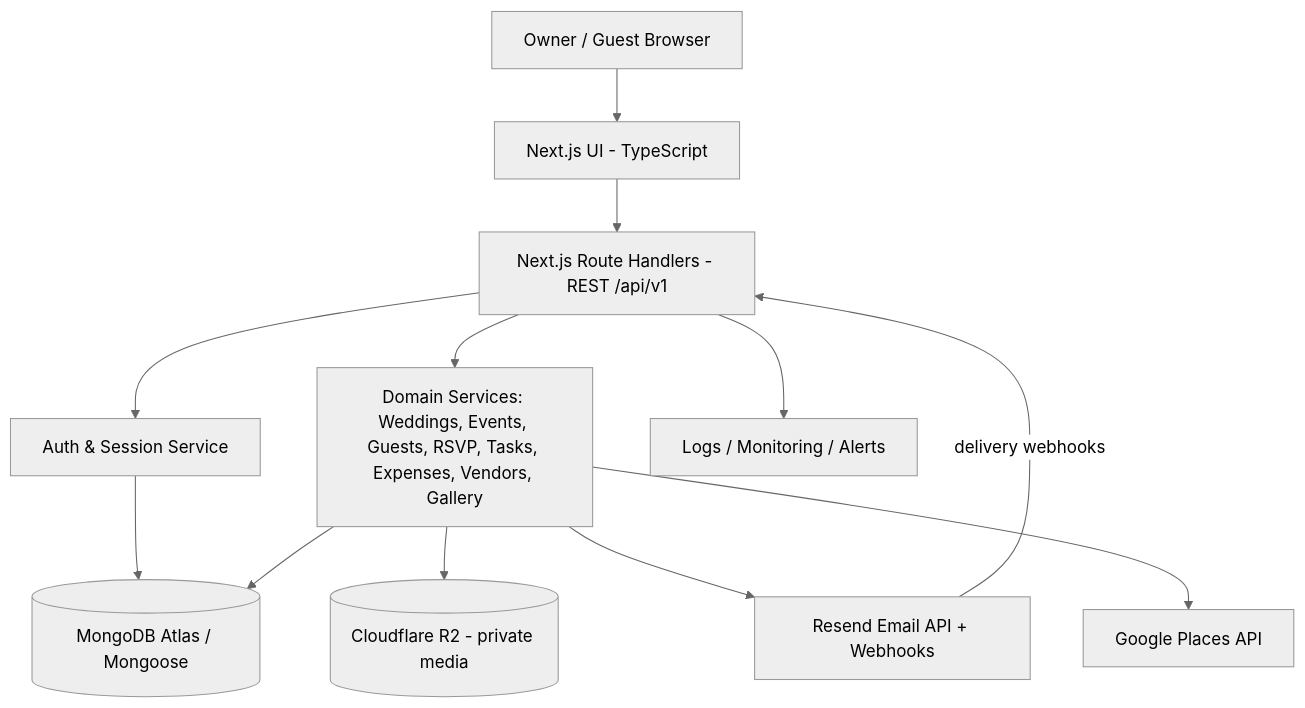
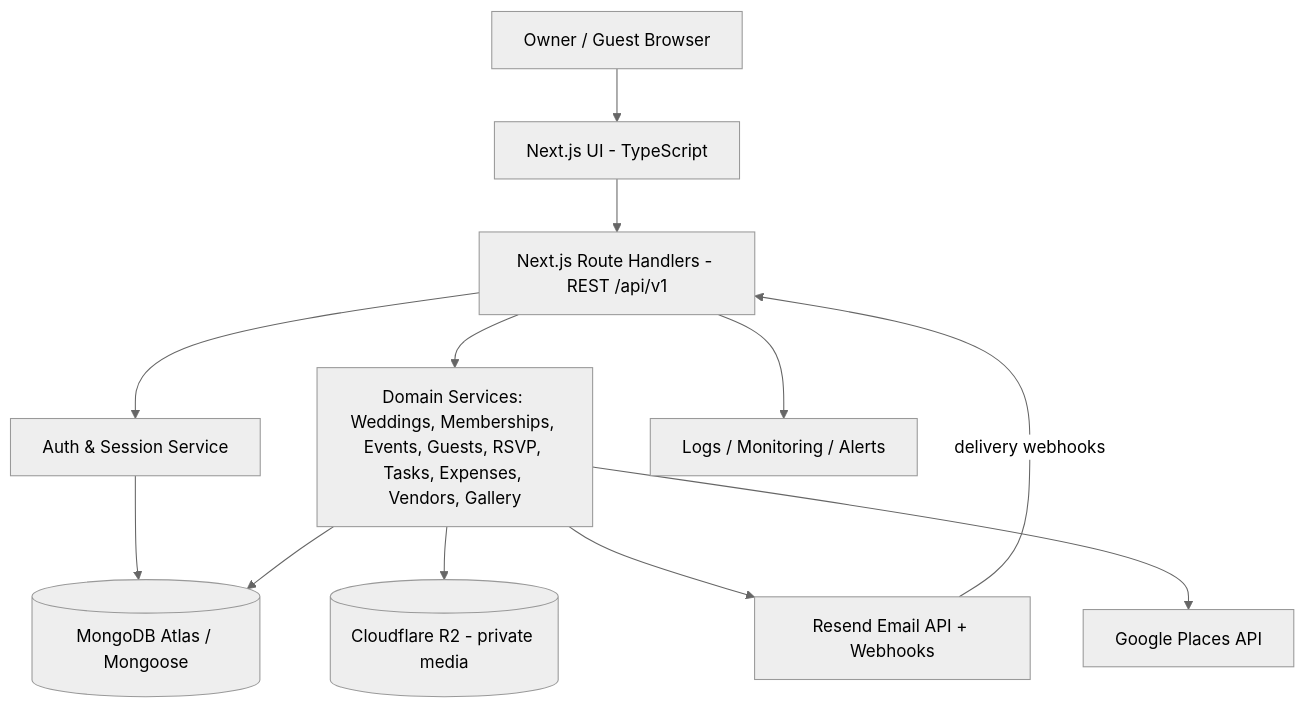
One commit to himanshusingh9391/Make-My-Marriage changed the diagram in Docs/System_Design.md. Above: the diagram before and after it, drawn with Mermaid (neutral theme). The commit also changed other lines of this file and 48 other files, not shown here.

````diff
--- a/Docs/System_Design.md
+++ b/Docs/System_Design.md
@@ -8,23 +8,23 @@
 ```mermaid
 flowchart TB
   Browser[Owner / Guest Browser]
   Web[Next.js UI - TypeScript]
   Routes[Next.js Route Handlers - REST /api/v1]
   Auth[Auth & Session Service]
-  Domain[Domain Services: Weddings, Events, Guests, RSVP, Tasks, Expenses, Vendors, Gallery]
+  Domain[Domain Services: Weddings, Memberships, Events, Guests, RSVP, Tasks, Expenses, Vendors, Gallery]
   Mongo[(MongoDB Atlas / Mongoose)]
   R2[(Cloudflare R2 - private media)]
   Resend[Resend Email API + Webhooks]
   Places[Google Places API]
   Monitor[Logs / Monitoring / Alerts]
   Browser --> Web --> Routes
   Routes --> Auth
   Routes --> Domain
   Auth --> Mongo
   Domain --> Mongo
   Domain --> R2
   Domain --> Resend
   Domain --> Places
   Routes --> Monitor
   Resend -->|delivery webhooks| Routes
 ```
````
